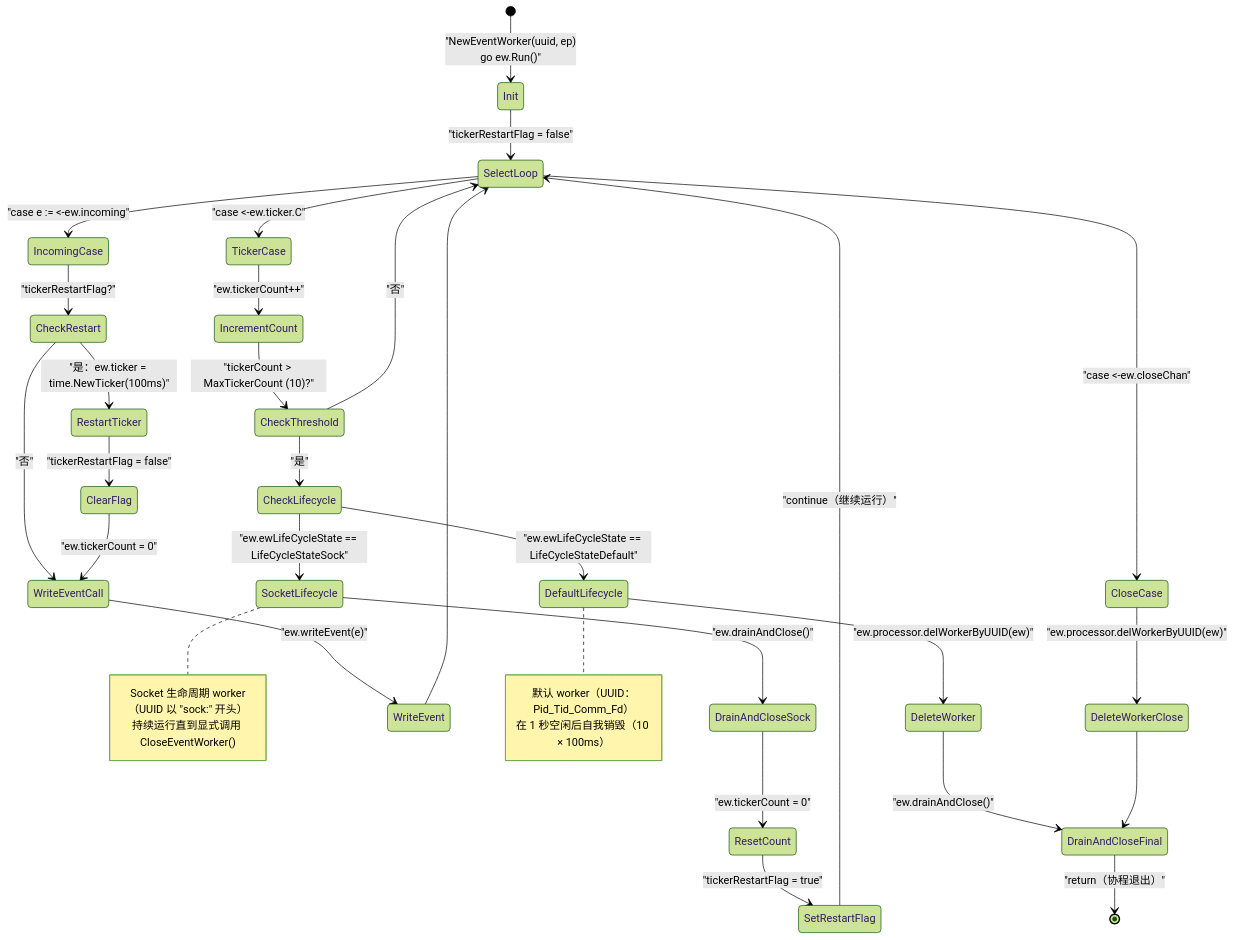
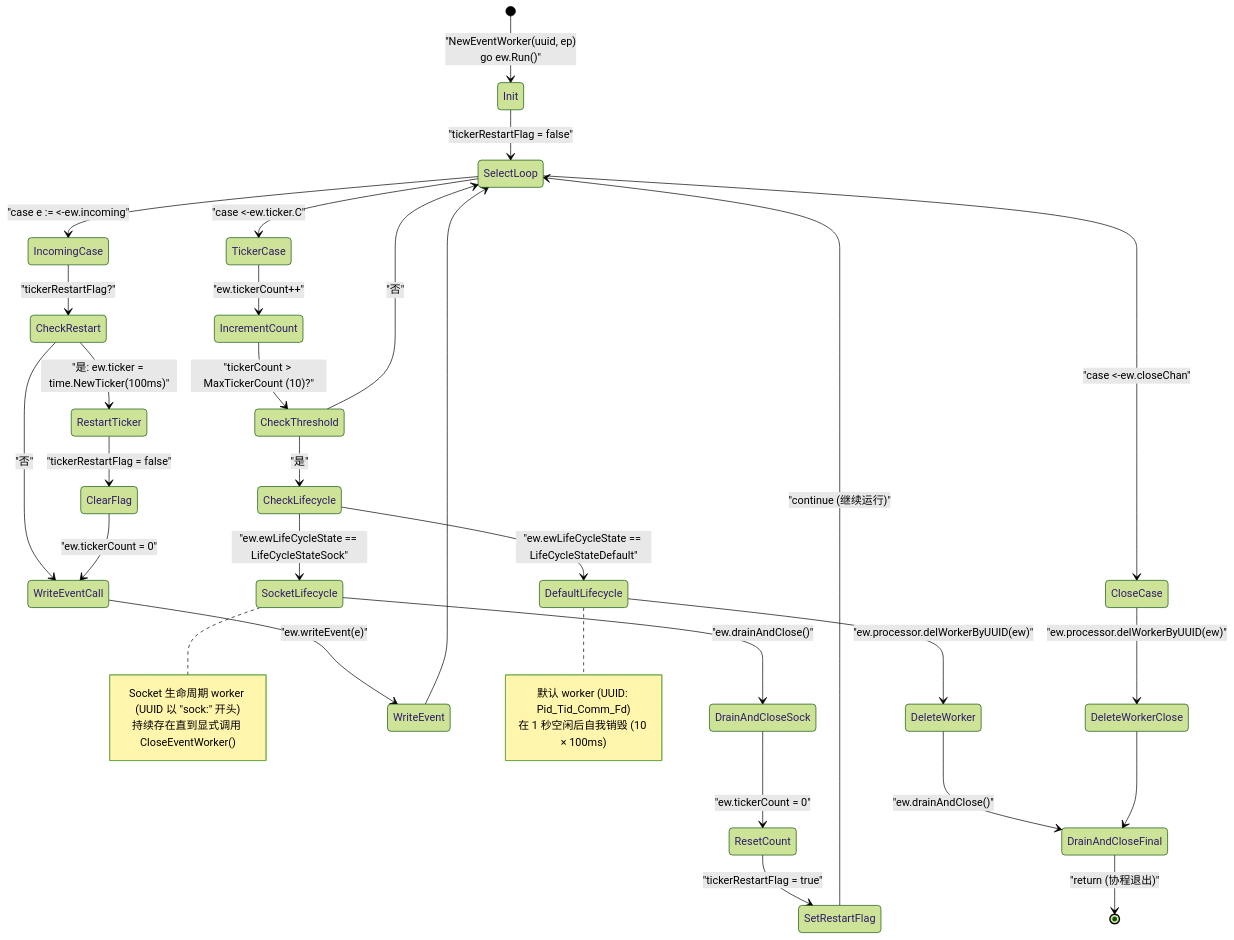
The fifth of 11 diagrams in src/zh/2-architecture/2.2-event-processing-pipeline.md (gojue/ecapture.cc), drawn with Mermaid (forest theme) before and after one commit. The commit also changed other lines of this file and 70 other files, not shown here.

Commit message:
feat: update sidebar and navigation links for architecture and shell command auditing sections

````diff
--- a/src/zh/2-architecture/2.2-event-processing-pipeline.md
+++ b/src/zh/2-architecture/2.2-event-processing-pipeline.md
@@ -357,49 +357,49 @@
 ```mermaid
 stateDiagram-v2
     [*] --> Init: "NewEventWorker(uuid, ep)<br/>go ew.Run()"
     
     Init --> SelectLoop: "tickerRestartFlag = false"
     
     SelectLoop --> TickerCase: "case <-ew.ticker.C"
     SelectLoop --> IncomingCase: "case e := <-ew.incoming"
     SelectLoop --> CloseCase: "case <-ew.closeChan"
     
     TickerCase --> IncrementCount: "ew.tickerCount++"
     IncrementCount --> CheckThreshold: "tickerCount > MaxTickerCount (10)?"
     
     CheckThreshold --> CheckLifecycle: "是"
     CheckThreshold --> SelectLoop: "否"
     
     CheckLifecycle --> SocketLifecycle: "ew.ewLifeCycleState == LifeCycleStateSock"
     CheckLifecycle --> DefaultLifecycle: "ew.ewLifeCycleState == LifeCycleStateDefault"
     
     SocketLifecycle --> DrainAndCloseSock: "ew.drainAndClose()"
     DrainAndCloseSock --> ResetCount: "ew.tickerCount = 0"
     ResetCount --> SetRestartFlag: "tickerRestartFlag = true"
-    SetRestartFlag --> SelectLoop: "continue（继续运行）"
+    SetRestartFlag --> SelectLoop: "continue (继续运行)"
     
     DefaultLifecycle --> DeleteWorker: "ew.processor.delWorkerByUUID(ew)"
     DeleteWorker --> DrainAndCloseFinal: "ew.drainAndClose()"
-    DrainAndCloseFinal --> [*]: "return（协程退出）"
+    DrainAndCloseFinal --> [*]: "return (协程退出)"
     
     IncomingCase --> CheckRestart: "tickerRestartFlag?"
-    CheckRestart --> RestartTicker: "是：ew.ticker = time.NewTicker(100ms)"
+    CheckRestart --> RestartTicker: "是: ew.ticker = time.NewTicker(100ms)"
     CheckRestart --> WriteEventCall: "否"
     RestartTicker --> ClearFlag: "tickerRestartFlag = false"
     ClearFlag --> WriteEventCall: "ew.tickerCount = 0"
     WriteEventCall --> WriteEvent: "ew.writeEvent(e)"
     WriteEvent --> SelectLoop
     
     CloseCase --> DeleteWorkerClose: "ew.processor.delWorkerByUUID(ew)"
     DeleteWorkerClose --> DrainAndCloseFinal
     
     note right of SocketLifecycle
-        Socket 生命周期 worker（UUID 以 "sock:" 开头）
-        持续运行直到显式调用 CloseEventWorker()
+        Socket 生命周期 worker (UUID 以 "sock:" 开头)
+        持续存在直到显式调用 CloseEventWorker()
     end note
     
     note right of DefaultLifecycle
-        默认 worker（UUID：Pid_Tid_Comm_Fd）
-        在 1 秒空闲后自我销毁（10 × 100ms）
+        默认 worker (UUID: Pid_Tid_Comm_Fd)
+        在 1 秒空闲后自我销毁 (10 × 100ms)
     end note
 ```
````
